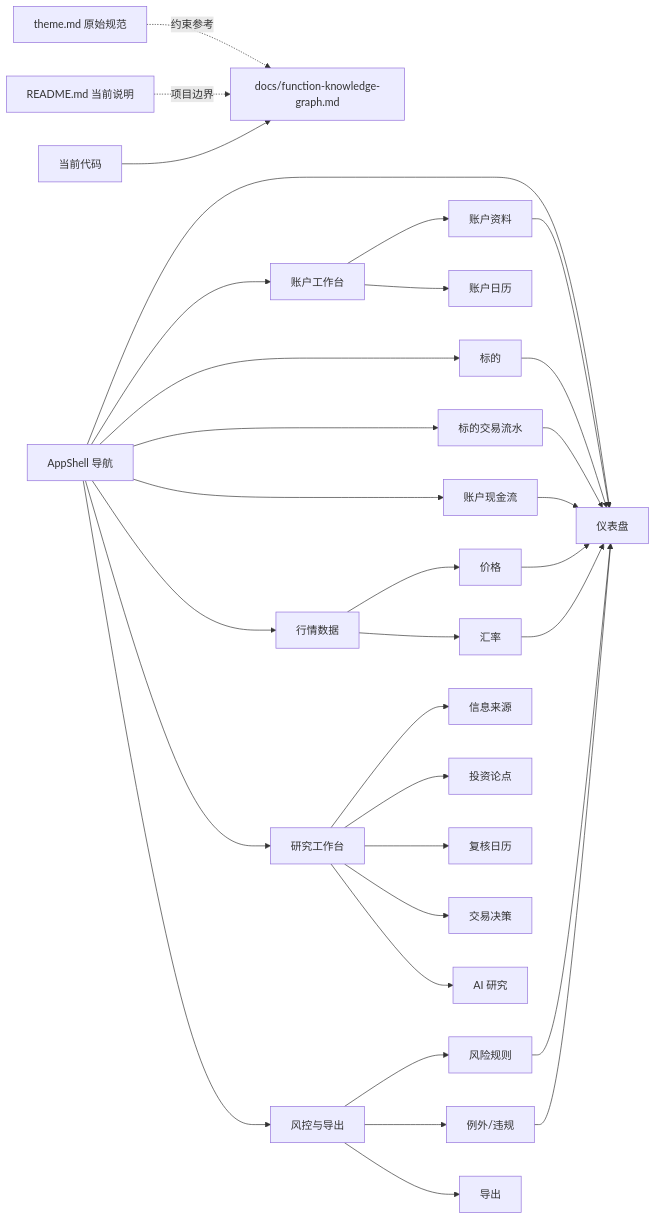
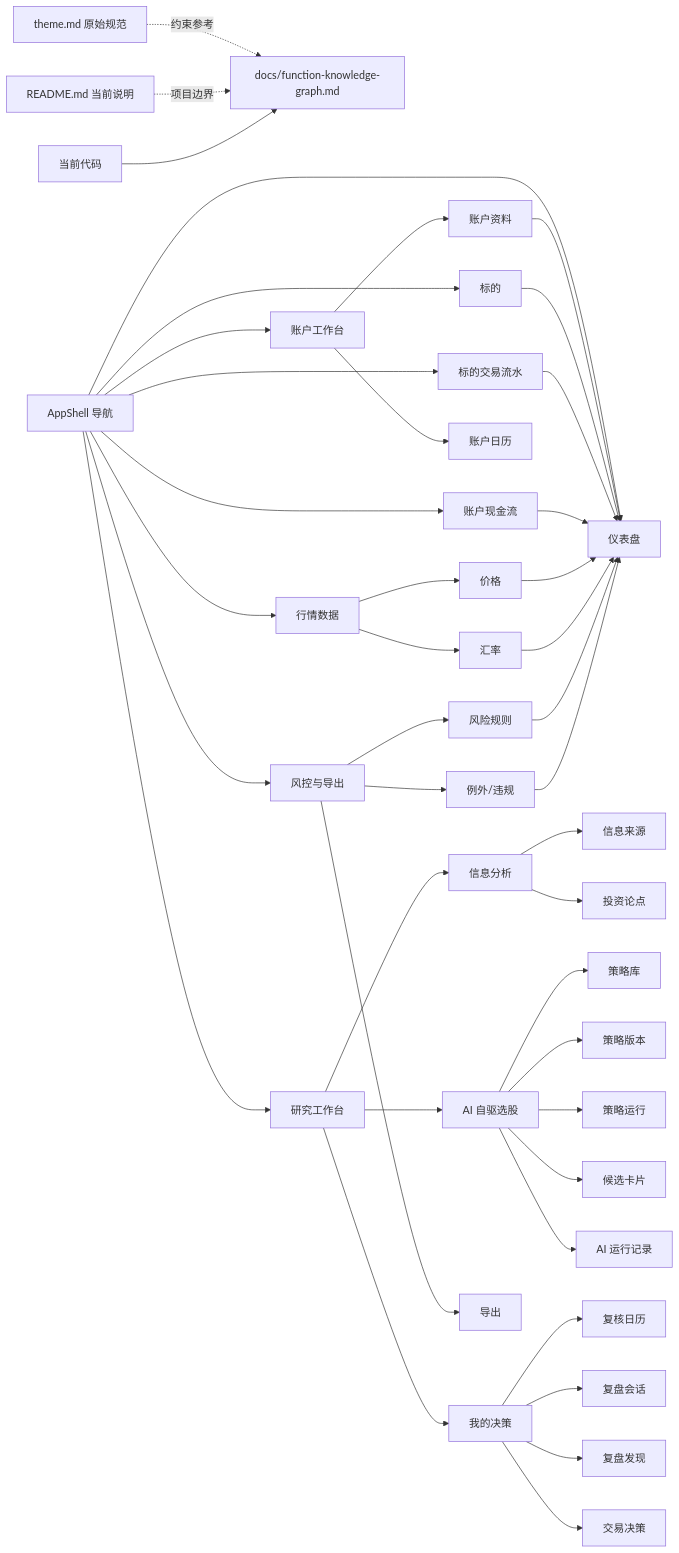
The first of 8 diagrams in docs/function-knowledge-graph.md (wongziu/Personal-Financial-Tools), drawn with Mermaid before and after one commit. The commit also changed other lines of this file and 36 other files, not shown here.

````diff
--- a/docs/function-knowledge-graph.md
+++ b/docs/function-knowledge-graph.md
@@ -22,37 +22,46 @@
 ```mermaid
 flowchart LR
   Spec["theme.md 原始规范"] -.->|约束参考| Graph["docs/function-knowledge-graph.md"]
   Readme["README.md 当前说明"] -.->|项目边界| Graph
   Code["当前代码"] --> Graph
 
   Shell["AppShell 导航"] --> Dashboard["仪表盘"]
   Shell --> AccountsWs["账户工作台"]
   Shell --> Securities["标的"]
   Shell --> Transactions["标的交易流水"]
   Shell --> Cashflows["账户现金流"]
   Shell --> MarketWs["行情数据"]
   Shell --> ResearchWs["研究工作台"]
   Shell --> GovernanceWs["风控与导出"]
 
   AccountsWs --> Accounts["账户资料"]
   AccountsWs --> AccountCalendar["账户日历"]
   MarketWs --> Prices["价格"]
   MarketWs --> FxRates["汇率"]
-  ResearchWs --> Sources["信息来源"]
-  ResearchWs --> Theses["投资论点"]
-  ResearchWs --> ReviewEvents["复核日历"]
-  ResearchWs --> TradeDecisions["交易决策"]
-  ResearchWs --> ResearchAi["AI 研究"]
+  ResearchWs --> InfoAnalysis["信息分析"]
+  ResearchWs --> AiPicks["AI 自驱选股"]
+  ResearchWs --> MyDecisions["我的决策"]
+  InfoAnalysis --> Sources["信息来源"]
+  InfoAnalysis --> Theses["投资论点"]
+  AiPicks --> Strategies["策略库"]
+  AiPicks --> StrategyVersions["策略版本"]
+  AiPicks --> StrategyRuns["策略运行"]
+  AiPicks --> StrategyCandidates["候选卡片"]
+  AiPicks --> ResearchRuns["AI 运行记录"]
+  MyDecisions --> ReviewEvents["复核日历"]
+  MyDecisions --> ReviewSessions["复盘会话"]
+  MyDecisions --> ReviewFindings["复盘发现"]
+  MyDecisions --> TradeDecisions["交易决策"]
   GovernanceWs --> RiskRules["风险规则"]
   GovernanceWs --> Exceptions["例外/违规"]
   GovernanceWs --> Export["导出"]
 
   Accounts --> Dashboard
   Securities --> Dashboard
   Transactions --> Dashboard
   Cashflows --> Dashboard
   Prices --> Dashboard
   FxRates --> Dashboard
   RiskRules --> Dashboard
   Exceptions --> Dashboard
 ```
````
